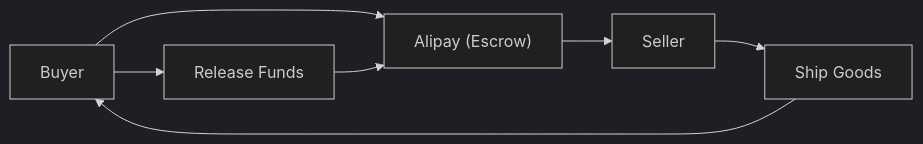
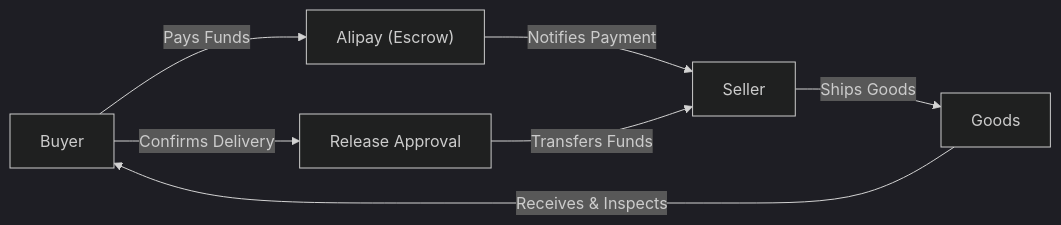
Before and after one commit to kenjinote/blog: the diagram in content/post/history-of-alibaba/index.en.md, drawn with Mermaid (dark theme). The commit also changed other lines of this file and 219 other files, not shown here.

````diff
--- a/content/post/history-of-alibaba/index.en.md
+++ b/content/post/history-of-alibaba/index.en.md
@@ -24,9 +46,9 @@
 ```mermaid
 flowchart LR
-    Buyer["Buyer"] --> Alipay["Alipay (Escrow)"]
-    Alipay --> Seller["Seller"]
-    Seller --> Goods["Ship Goods"]
-    Goods --> Buyer
-    Buyer --> Release["Release Funds"]
-    Release --> Alipay
+    Buyer["Buyer"] -->|Pays Funds| Alipay["Alipay (Escrow)"]
+    Alipay -->|Notifies Payment| Seller["Seller"]
+    Seller -->|Ships Goods| Goods["Goods"]
+    Goods -->|Receives & Inspects| Buyer
+    Buyer -->|Confirms Delivery| Release["Release Approval"]
+    Release -->|Transfers Funds| Seller
 ```
````
